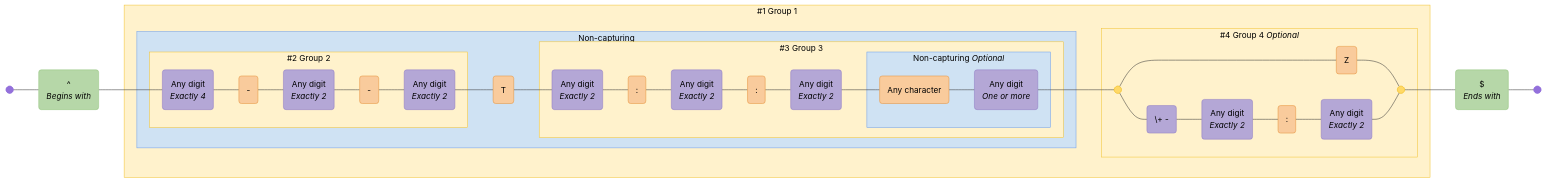
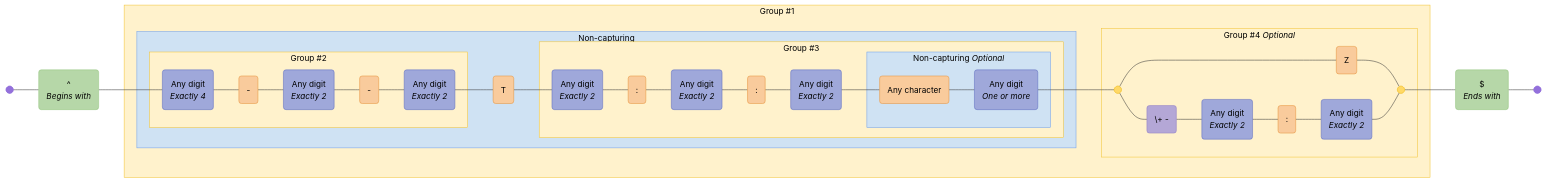
One commit to tayles/regex-to-mermaid changed the fourth of 15 diagrams in EXAMPLES.md. Above: the diagram before and after it, drawn with Mermaid. The commit also changed other lines of this file and 58 other files, not shown here.

```diff
--- a/EXAMPLES.md
+++ b/EXAMPLES.md
@@ -1996,49 +1715,49 @@
   start@{ shape: f-circ };
   fin@{ shape: f-circ };
   assertion_1("^<br><i>Begins with</i>"):::assertion;
-  char_class_1("Any digit<br><i>Exactly 4</i>"):::char-class;
+  char_set_1("Any digit<br><i>Exactly 4</i>"):::char-set;
   literal_1("-"):::literal;
-  char_class_2("Any digit<br><i>Exactly 2</i>"):::char-class;
+  char_set_2("Any digit<br><i>Exactly 2</i>"):::char-set;
   literal_2("-"):::literal;
-  char_class_3("Any digit<br><i>Exactly 2</i>"):::char-class;
+  char_set_3("Any digit<br><i>Exactly 2</i>"):::char-set;
   literal_3("T"):::literal;
-  char_class_4("Any digit<br><i>Exactly 2</i>"):::char-class;
+  char_set_4("Any digit<br><i>Exactly 2</i>"):::char-set;
   literal_4(":"):::literal;
-  char_class_5("Any digit<br><i>Exactly 2</i>"):::char-class;
+  char_set_5("Any digit<br><i>Exactly 2</i>"):::char-set;
   literal_5(":"):::literal;
-  char_class_6("Any digit<br><i>Exactly 2</i>"):::char-class;
+  char_set_6("Any digit<br><i>Exactly 2</i>"):::char-set;
   literal_6("Any character"):::literal;
-  char_class_7("Any digit<br><i>One or more</i>"):::char-class;
+  char_set_7("Any digit<br><i>One or more</i>"):::char-set;
   disjunction_begin_1:::disjunction@{ shape: f-circ };
   disjunction_end_1:::disjunction@{ shape: f-circ };
   literal_7("Z"):::literal;
-  char_class_8("\+ -"):::char-class;
-  char_class_9("Any digit<br><i>Exactly 2</i>"):::char-class;
+  char_class_1("\+ -"):::char-class;
+  char_set_8("Any digit<br><i>Exactly 2</i>"):::char-set;
   literal_8(":"):::literal;
-  char_class_10("Any digit<br><i>Exactly 2</i>"):::char-class;
+  char_set_9("Any digit<br><i>Exactly 2</i>"):::char-set;
   assertion_2("$<br><i>Ends with</i>"):::assertion;
 
   %% Subgraphs
-  subgraph standard_2 ["#2 Group 2"]
-    char_class_1
+  subgraph standard_2 ["Group #2"]
+    char_set_1
     literal_1
-    char_class_2
+    char_set_2
     literal_2
-    char_class_3
+    char_set_3
   end
 
   subgraph non_capturing_2 ["Non-capturing <i>Optional</i>"]
     literal_6
-    char_class_7
+    char_set_7
   end
 
-  subgraph standard_3 ["#3 Group 3"]
+  subgraph standard_3 ["Group #3"]
     non_capturing_2
-    char_class_4
+    char_set_4
     literal_4
-    char_class_5
+    char_set_5
     literal_5
-    char_class_6
+    char_set_6
   end
 
   subgraph non_capturing_1 ["Non-capturing"]
@@ -2048,17 +1767,17 @@
     literal_3
   end
 
-  subgraph standard_4 ["#4 Group 4 <i>Optional</i>"]
+  subgraph standard_4 ["Group #4 <i>Optional</i>"]
     disjunction_begin_1
     disjunction_end_1
     literal_7
-    char_class_8
-    char_class_9
+    char_class_1
+    char_set_8
     literal_8
-    char_class_10
+    char_set_9
   end
 
-  subgraph standard_1 ["#1 Group 1"]
+  subgraph standard_1 ["Group #1"]
     standard_2
     non_capturing_2
     standard_3
@@ -2068,36 +1787,37 @@
 
   %% Edges
   start --- assertion_1;
-  assertion_1 --- char_class_1;
-  char_class_1 --- literal_1;
-  literal_1 --- char_class_2;
-  char_class_2 --- literal_2;
-  literal_2 --- char_class_3;
-  char_class_3 --- literal_3;
-  literal_3 --- char_class_4;
-  char_class_4 --- literal_4;
-  literal_4 --- char_class_5;
-  char_class_5 --- literal_5;
-  literal_5 --- char_class_6;
-  char_class_6 --- literal_6;
-  literal_6 --- char_class_7;
-  char_class_7 --- disjunction_begin_1;
+  assertion_1 --- char_set_1;
+  char_set_1 --- literal_1;
+  literal_1 --- char_set_2;
+  char_set_2 --- literal_2;
+  literal_2 --- char_set_3;
+  char_set_3 --- literal_3;
+  literal_3 --- char_set_4;
+  char_set_4 --- literal_4;
+  literal_4 --- char_set_5;
+  char_set_5 --- literal_5;
+  literal_5 --- char_set_6;
+  char_set_6 --- literal_6;
+  literal_6 --- char_set_7;
+  char_set_7 --- disjunction_begin_1;
   disjunction_begin_1 --- literal_7;
   literal_7 --- disjunction_end_1;
-  disjunction_begin_1 --- char_class_8;
-  char_class_8 --- char_class_9;
-  char_class_9 --- literal_8;
-  literal_8 --- char_class_10;
-  char_class_10 --- disjunction_end_1;
+  disjunction_begin_1 --- char_class_1;
+  char_class_1 --- char_set_8;
+  char_set_8 --- literal_8;
+  literal_8 --- char_set_9;
+  char_set_9 --- disjunction_end_1;
   disjunction_end_1 --- assertion_2;
   assertion_2 --- fin;
 
   %% Styles
   %% Node Styling
   classDef assertion fill:#B6D7A8,stroke:#93C47D,color:#000000;
-  classDef char-class fill:#B4A7D6,stroke:#8E7CC3,color:#000000;
+  classDef char-set fill:#9FA8DA,stroke:#5C6BC0,color:#000000;
   classDef literal fill:#F9CB9C,stroke:#E69138,color:#000000;
   classDef disjunction fill:#FFD966,stroke:#F1C232,color:#000000;
+  classDef char-class fill:#B4A7D6,stroke:#8E7CC3,color:#000000;
 
   %% Group Styling
   classDef standard fill:#FFF2CC,stroke:#F1C232,color:#000000;
```
